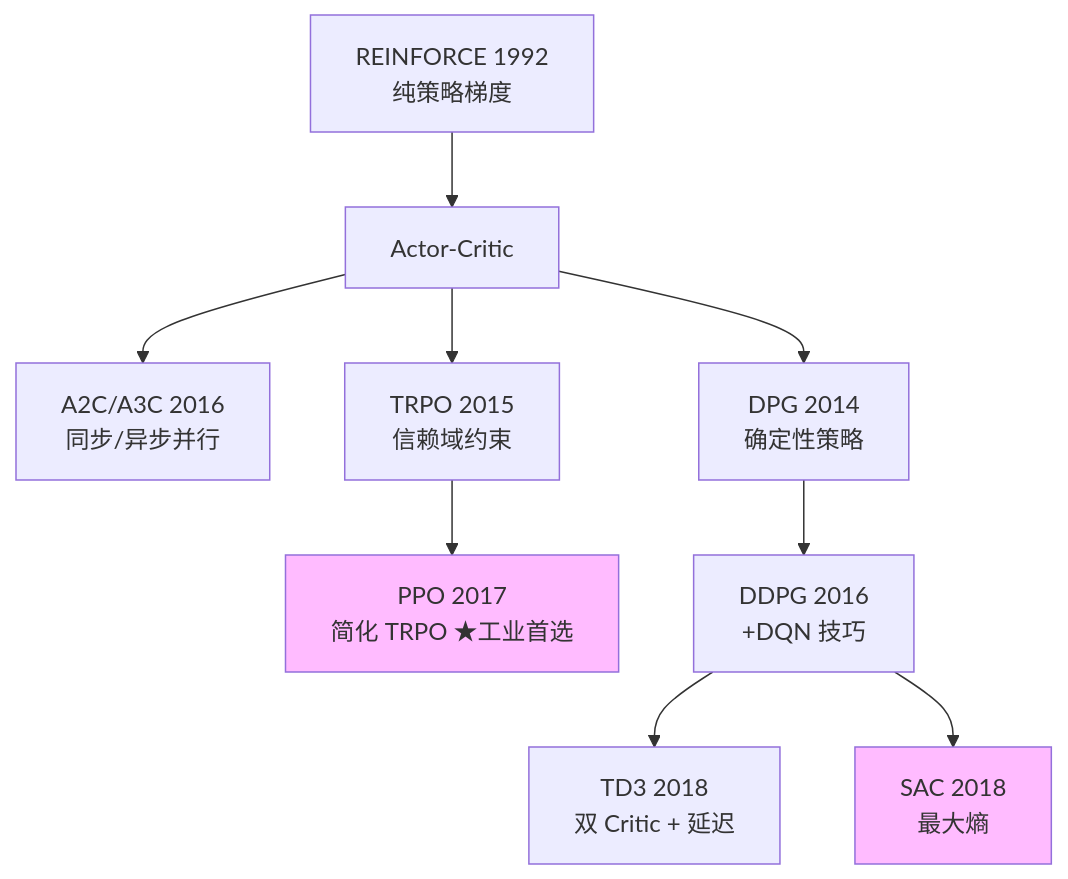
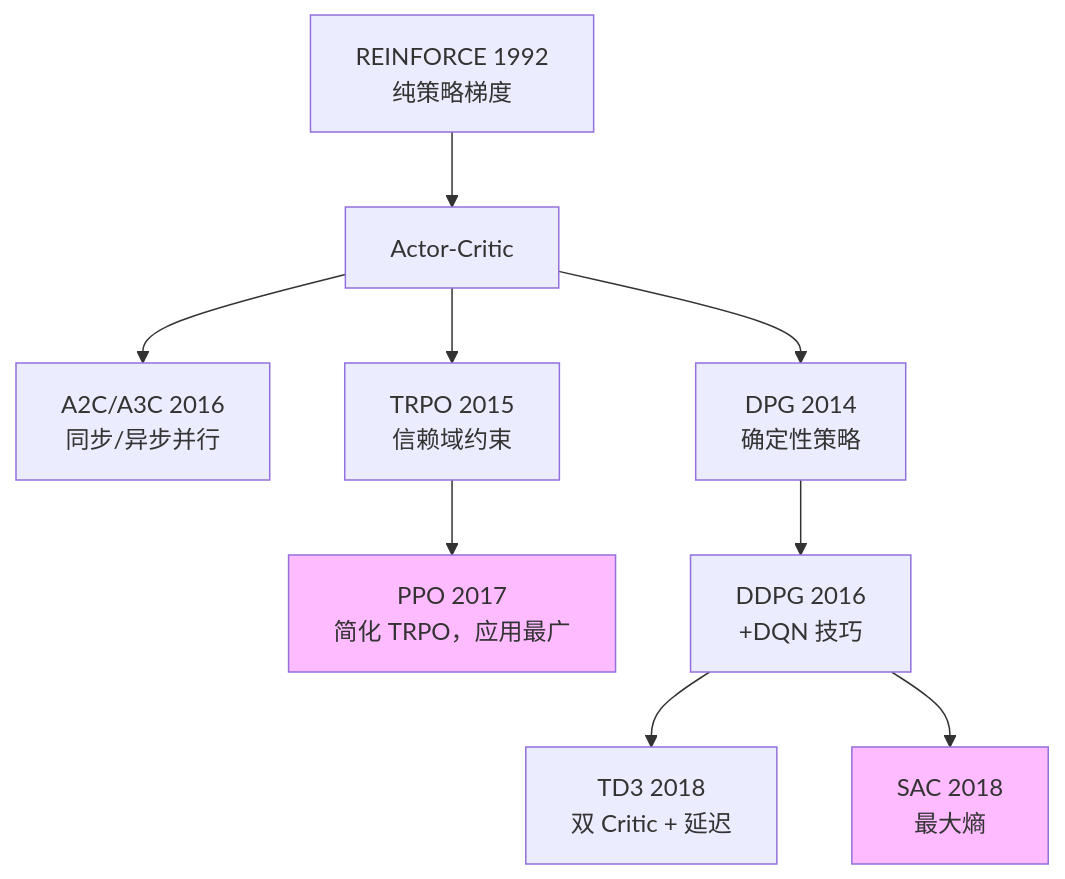
Before and after one commit to Mocha0724/RL_Agents: the diagram in 03_policy_based/README.md, drawn with Mermaid. The commit also changed other lines of this file and 32 other files, not shown here.

````diff
--- a/03_policy_based/README.md
+++ b/03_policy_based/README.md
@@ -29,14 +29,14 @@
 ```mermaid
 flowchart TD
     REI[REINFORCE 1992<br/>纯策略梯度]
     REI --> AC[Actor-Critic]
     AC --> A2C[A2C/A3C 2016<br/>同步/异步并行]
     AC --> TRPO[TRPO 2015<br/>信赖域约束]
-    TRPO --> PPO[PPO 2017<br/>简化 TRPO ★工业首选]
+    TRPO --> PPO[PPO 2017<br/>简化 TRPO，应用最广]
     AC --> DPG[DPG 2014<br/>确定性策略]
     DPG --> DDPG[DDPG 2016<br/>+DQN 技巧]
     DDPG --> TD3[TD3 2018<br/>双 Critic + 延迟]
     DDPG --> SAC[SAC 2018<br/>最大熵]
     style PPO fill:#fbf
     style SAC fill:#fbf
 ```
````
